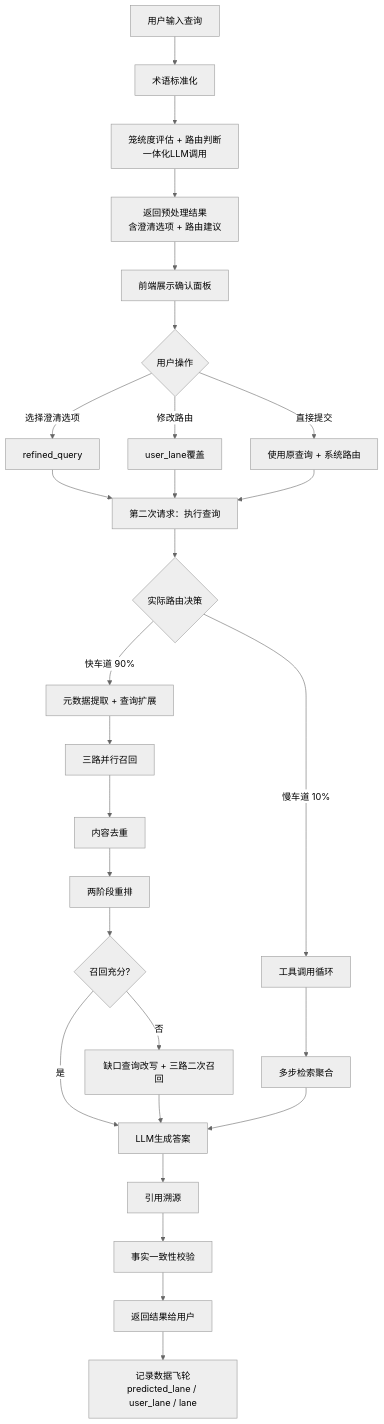
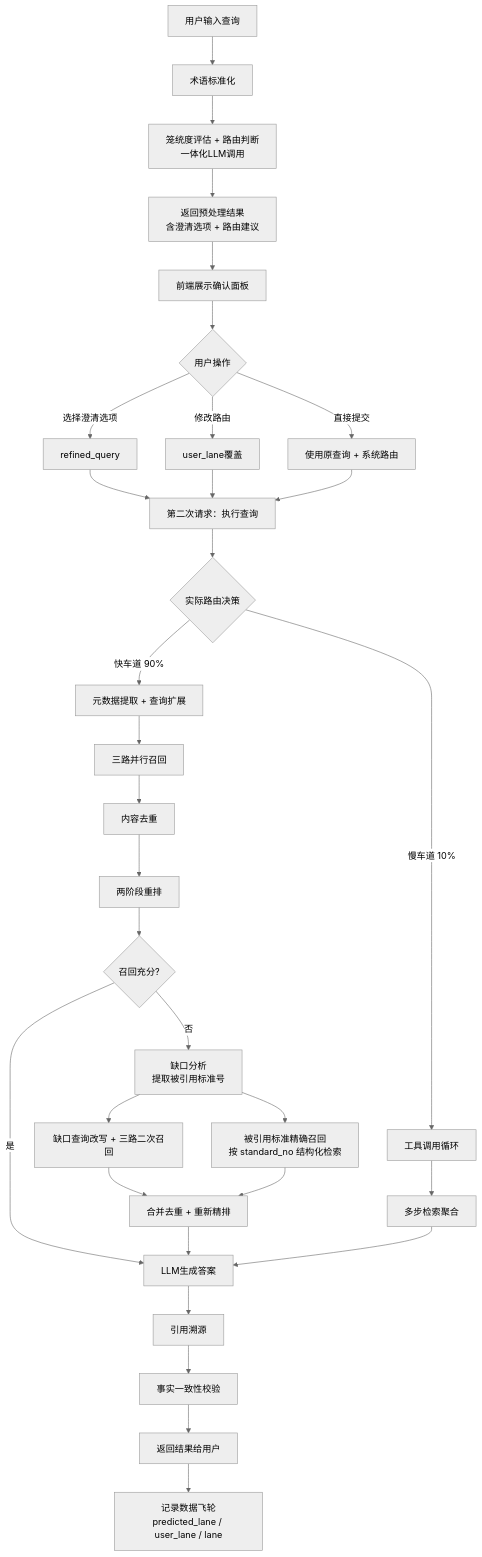
One commit to JohnnyNg10/eletric_rag changed the first of 9 diagrams in docs/architecture/flows/16-业务流程图.md. Above: the diagram before and after it, drawn with Mermaid (neutral theme). The commit also changed other lines of this file and 33 other files, not shown here.

````diff
--- a/docs/architecture/flows/16-业务流程图.md
+++ b/docs/architecture/flows/16-业务流程图.md
@@ -7,30 +7,34 @@
 ```mermaid
 graph TD
     A[用户输入查询] --> B[术语标准化]
     B --> C[笼统度评估 + 路由判断<br/>一体化LLM调用]
     C --> D[返回预处理结果<br/>含澄清选项 + 路由建议]
     D --> E[前端展示确认面板]
     E --> F{用户操作}
     F -->|选择澄清选项| G[refined_query]
     F -->|修改路由| H[user_lane覆盖]
     F -->|直接提交| I[使用原查询 + 系统路由]
     G --> J[第二次请求：执行查询]
     H --> J
     I --> J
     J --> K{实际路由决策}
     K -->|快车道 90%| PRE[元数据提取 + 查询扩展]
     K -->|慢车道 10%| L[工具调用循环]
     PRE --> M[三路并行召回]
     M --> MD[内容去重]
     MD --> N[两阶段重排]
     N --> O{召回充分?}
     O -->|是| P[LLM生成答案]
-    O -->|否| Q[缺口查询改写 + 三路二次召回]
-    Q --> P
+    O -->|否| Q[缺口分析<br/>提取被引用标准号]
+    Q --> Q1[缺口查询改写 + 三路二次召回]
+    Q --> Q2[被引用标准精确召回<br/>按 standard_no 结构化检索]
+    Q1 --> Q3[合并去重 + 重新精排]
+    Q2 --> Q3
+    Q3 --> P
     L --> R[多步检索聚合]
     R --> P
     P --> S[引用溯源]
     S --> T[事实一致性校验]
     T --> U[返回结果给用户]
     U --> V[记录数据飞轮<br/>predicted_lane / user_lane / lane]
 ```
````
